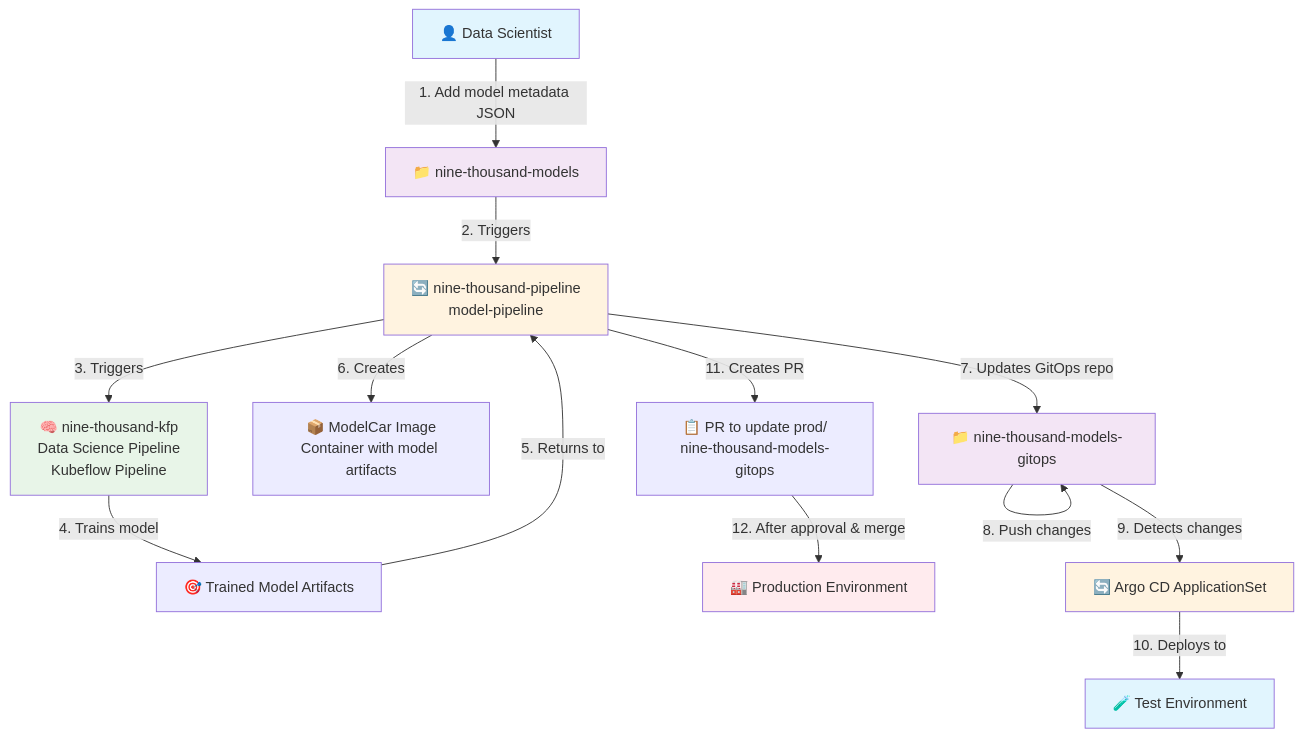
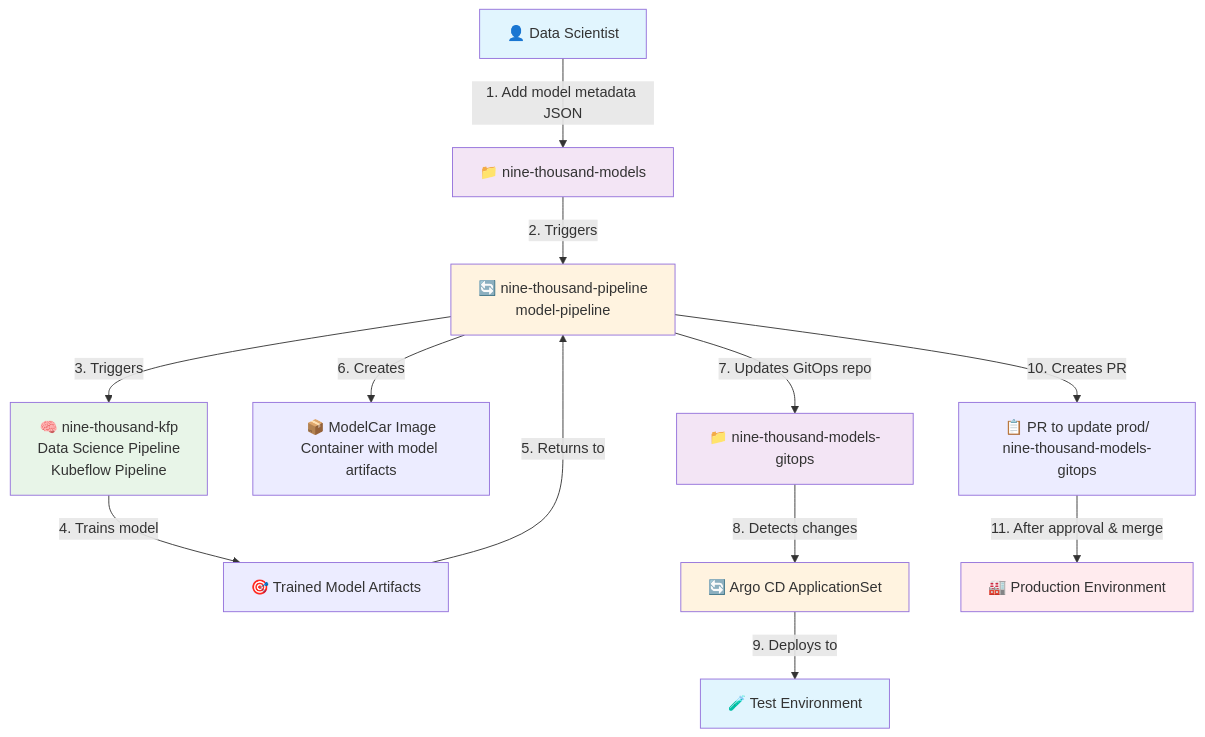
One commit to nine-thousand-models/nine-thousand-models changed the diagram in README.md. Above: the diagram before and after it, drawn with Mermaid. The commit also changed other lines of this file, not shown here.

````diff
--- a/README.md
+++ b/README.md
@@ -12,35 +12,33 @@
 ```mermaid
 graph TD
     A[👤 Data Scientist] -->|1. Add model metadata JSON| B[📁 nine-thousand-models]
     
     B -->|2. Triggers| C[🔄 nine-thousand-pipeline<br/>model-pipeline]
     
     C -->|3. Triggers| D[🧠 nine-thousand-kfp<br/>Data Science Pipeline<br/>Kubeflow Pipeline]
     
     D -->|4. Trains model| E[🎯 Trained Model Artifacts]
     
     E -->|5. Returns to| C
     
     C -->|6. Creates| F[📦 ModelCar Image<br/>Container with model artifacts]
     
     C -->|7. Updates GitOps repo| G[📁 nine-thousand-models-gitops]
-        
-    G -->|8. Push changes| G
+            
+    G -->|8. Detects changes| I[🔄 Argo CD ApplicationSet]
     
-    G -->|9. Detects changes| I[🔄 Argo CD ApplicationSet]
+    I -->|9. Deploys to| J[🧪 Test Environment]
     
-    I -->|10. Deploys to| J[🧪 Test Environment]
+    C -->|10. Creates PR| K[📋 PR to update prod/<br/>nine-thousand-models-gitops]
     
-    C -->|11. Creates PR| K[📋 PR to update prod/<br/>nine-thousand-models-gitops]
-    
-    K -->|12. After approval & merge| L[🏭 Production Environment]
+    K -->|11. After approval & merge| L[🏭 Production Environment]
 
     style A fill:#e1f5fe
     style B fill:#f3e5f5
     style C fill:#fff3e0
     style D fill:#e8f5e8
     style G fill:#f3e5f5
     style I fill:#fff3e0
     style J fill:#e1f5fe
     style L fill:#ffebee
 ```
````
